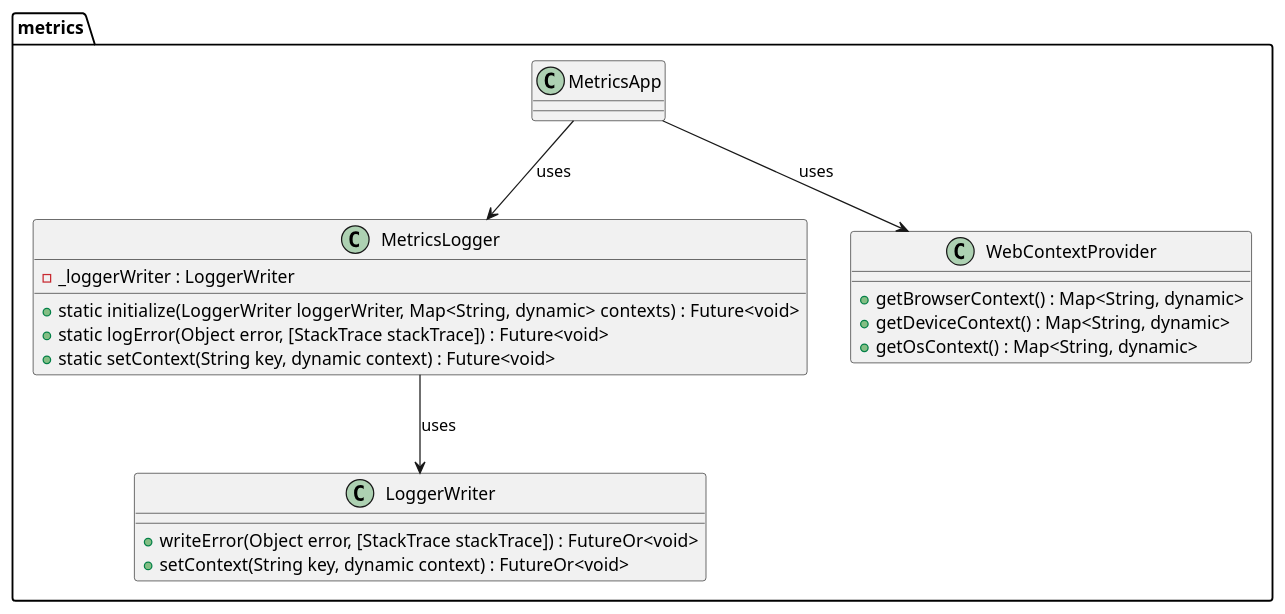
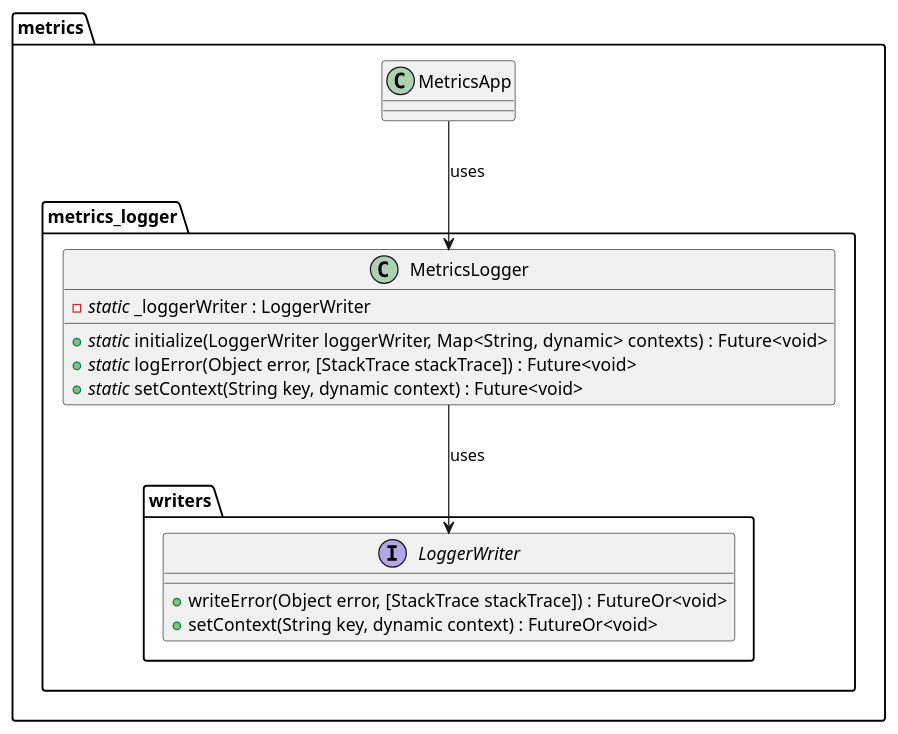
Before and after one commit to Flank/flank-dashboard: the diagram in metrics/web/docs/features/metrics_logger/diagrams/metrics_logger_class_diagram.puml, drawn with PlantUML. The commit also changed 4 other files, not shown here.

Commit message:
update design with event processor, remove web context provider, fix typos

```diff
--- a/metrics/web/docs/features/metrics_logger/diagrams/metrics_logger_class_diagram.puml
+++ b/metrics/web/docs/features/metrics_logger/diagrams/metrics_logger_class_diagram.puml
@@ -1,29 +1,26 @@
 @startuml metrics_logger_class_diagram
 
 package metrics {
   class MetricsApp {}
 
-  class LoggerWriter {
-    + writeError(Object error, [StackTrace stackTrace]) : FutureOr<void>
-    + setContext(String key, dynamic context) : FutureOr<void>
-  }
+  package metrics_logger {
+    package writers {
+      interface LoggerWriter {
+        + writeError(Object error, [StackTrace stackTrace]) : FutureOr<void>
+        + setContext(String key, dynamic context) : FutureOr<void>
+      }
+    }
 
-  class MetricsLogger {
-    - _loggerWriter : LoggerWriter
-    + static initialize(LoggerWriter loggerWriter,  Map<String, dynamic> contexts) : Future<void>
-    + static logError(Object error, [StackTrace stackTrace]) : Future<void>
-    + static setContext(String key, dynamic context) : Future<void>
-  }
-
-  class WebContextProvider {
-    + getBrowserContext() : Map<String, dynamic>
-    + getDeviceContext() : Map<String, dynamic>
-    + getOsContext() : Map<String, dynamic>
+    class MetricsLogger {
+      - //static// _loggerWriter : LoggerWriter
+      + //static// initialize(LoggerWriter loggerWriter,  Map<String, dynamic> contexts) : Future<void>
+      + //static// logError(Object error, [StackTrace stackTrace]) : Future<void>
+      + //static// setContext(String key, dynamic context) : Future<void>
+    }
   }
 }
 
-MetricsApp --> WebContextProvider : uses
 MetricsApp --> MetricsLogger : uses
 MetricsLogger --> LoggerWriter : uses
 
 @enduml
```
